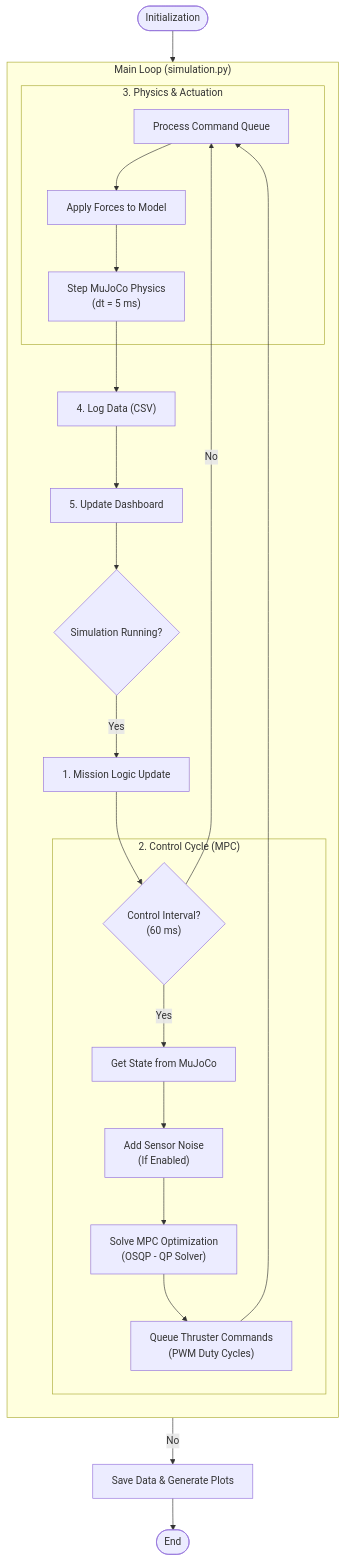
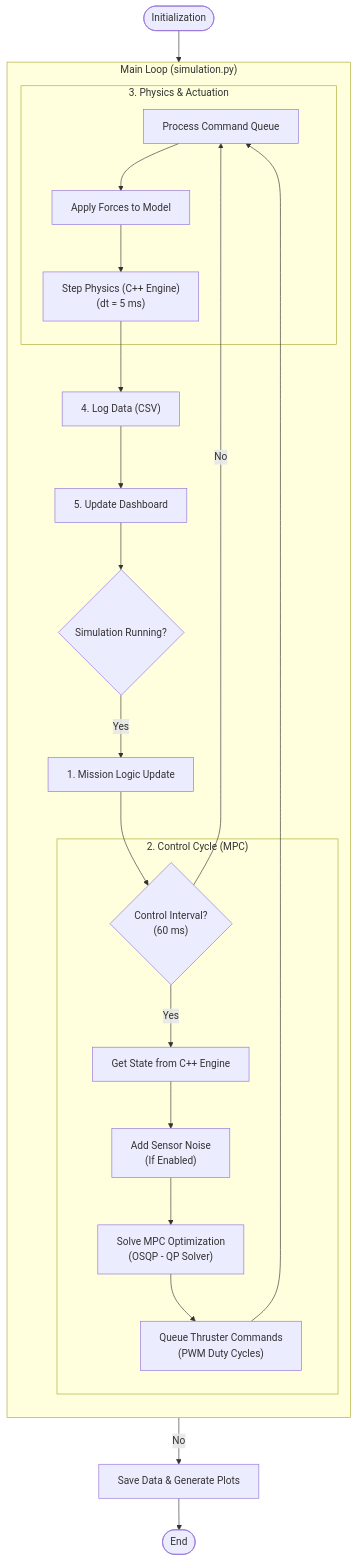
The diagram in docs/SIMULATION.md (AevarOfjord/Satellite_3D_PWM-Continuous_Thrusters_ReactionWheel), drawn with Mermaid before and after one commit. The commit also changed other lines of this file and 1750 other files, not shown here.

````diff
--- a/docs/SIMULATION.md
+++ b/docs/SIMULATION.md
@@ -139,32 +139,32 @@
 ```mermaid
 flowchart TD
     Init([Initialization]) --> Loop{"Simulation Running?"}
 
     subgraph Main_Loop ["Main Loop (simulation.py)"]
         direction TB
         Loop -- Yes --> MissionLogic["1. Mission Logic Update"]
         MissionLogic --> ControlCheck{"Control Interval?<br/>(60 ms)"}
 
         subgraph MPC_Cycle ["2. Control Cycle (MPC)"]
-            ControlCheck -- Yes --> GetState["Get State from MuJoCo"]
+            ControlCheck -- Yes --> GetState["Get State from C++ Engine"]
             GetState --> AddNoise["Add Sensor Noise<br/>(If Enabled)"]
             AddNoise --> SolveMPC["Solve MPC Optimization<br/>(OSQP - QP Solver)"]
             SolveMPC --> QueueCmds["Queue Thruster Commands<br/>(PWM Duty Cycles)"]
         end
 
         ControlCheck -- No --> ProcCmds["Process Command Queue"]
         QueueCmds --> ProcCmds
 
         subgraph Physics_Step ["3. Physics & Actuation"]
             ProcCmds --> ApplyForce["Apply Forces to Model"]
-            ApplyForce --> StepPhysics["Step MuJoCo Physics<br/>(dt = 5 ms)"]
+            ApplyForce --> StepPhysics["Step Physics (C++ Engine)<br/>(dt = 5 ms)"]
         end
 
         StepPhysics --> LogData["4. Log Data (CSV)"]
         LogData --> UpdateVis["5. Update Dashboard"]
     end
 
     UpdateVis --> Loop
     Loop -- No --> SaveData["Save Data & Generate Plots"]
     SaveData --> Finish([End])
 ```
````
